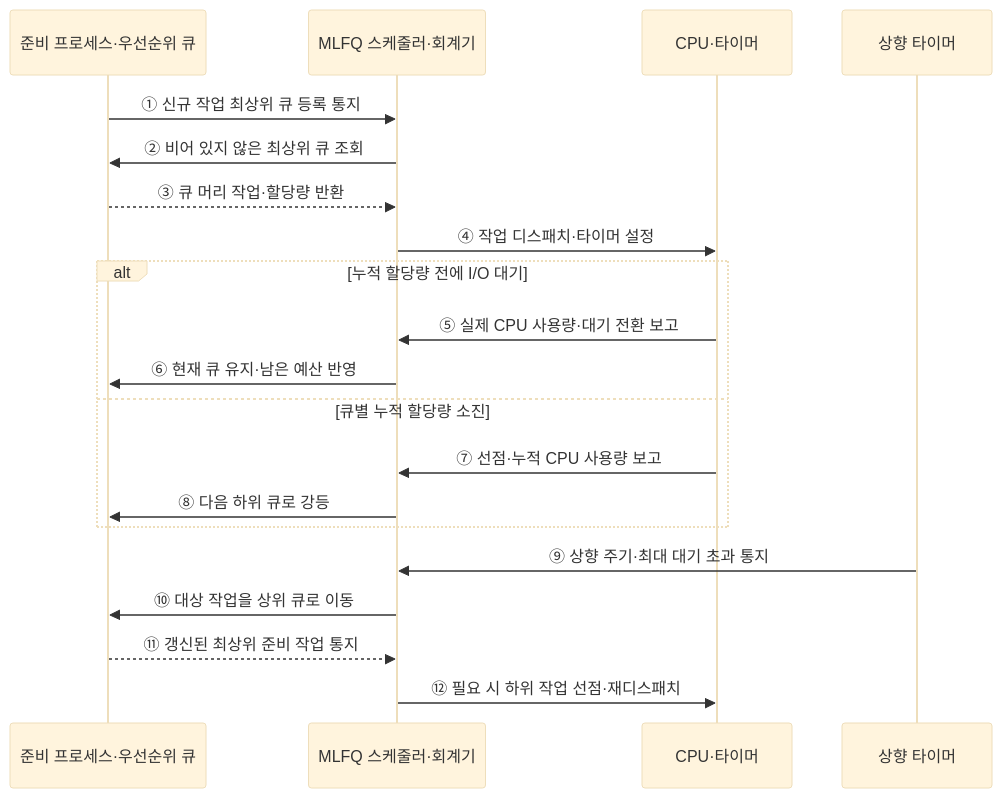
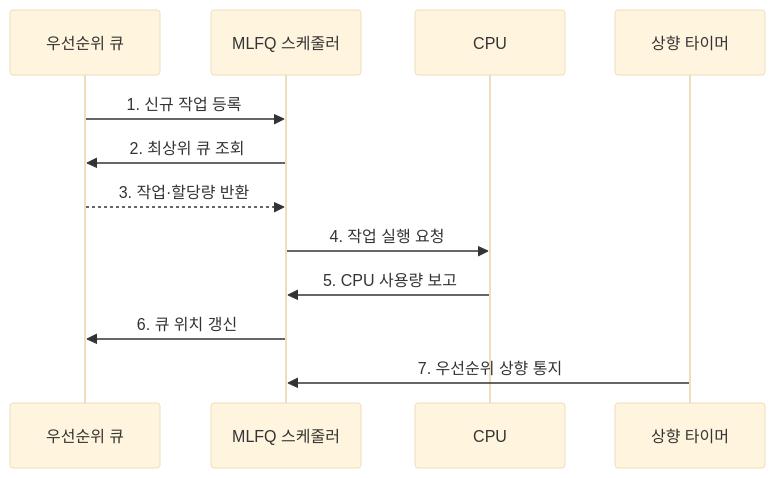
Before and after one commit to agnusdei1207/knowledge-base: the second of 2 diagrams in src/content/docs/notes/03-software/005_mlfq.md, drawn with Mermaid (base theme). The commit also changed other lines of this file and 20 other files, not shown here.

````diff
--- a/src/content/docs/notes/03-software/005_mlfq.md
+++ b/src/content/docs/notes/03-software/005_mlfq.md
@@ -80,23 +86,14 @@
 ```mermaid
 sequenceDiagram
-    participant Q as 준비 프로세스·우선순위 큐
-    participant S as MLFQ 스케줄러·회계기
-    participant C as CPU·타이머
-    participant B as 상향 타이머
-
-    Q->>S: ① 신규 작업 최상위 큐 등록 통지
-    S->>Q: ② 비어 있지 않은 최상위 큐 조회
-    Q-->>S: ③ 큐 머리 작업·할당량 반환
-    S->>C: ④ 작업 디스패치·타이머 설정
-    alt 누적 할당량 전에 I/O 대기
-        C->>S: ⑤ 실제 CPU 사용량·대기 전환 보고
-        S->>Q: ⑥ 현재 큐 유지·남은 예산 반영
-    else 큐별 누적 할당량 소진
-        C->>S: ⑦ 선점·누적 CPU 사용량 보고
-        S->>Q: ⑧ 다음 하위 큐로 강등
-    end
-    B->>S: ⑨ 상향 주기·최대 대기 초과 통지
-    S->>Q: ⑩ 대상 작업을 상위 큐로 이동
-    Q-->>S: ⑪ 갱신된 최상위 준비 작업 통지
-    S->>C: ⑫ 필요 시 하위 작업 선점·재디스패치
+    participant Q as 우선순위 큐
+    participant S as MLFQ 스케줄러
+    participant C as CPU
+    participant T as 상향 타이머
+    Q->>S: 1. 신규 작업 등록
+    S->>Q: 2. 최상위 큐 조회
+    Q-->>S: 3. 작업·할당량 반환
+    S->>C: 4. 작업 실행 요청
+    C->>S: 5. CPU 사용량 보고
+    S->>Q: 6. 큐 위치 갱신
+    T->>S: 7. 우선순위 상향 통지
 ```
````
